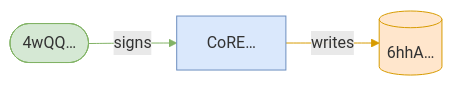
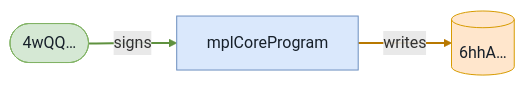
One commit to cds-turbin3/vesting-position changed the eighth of 9 diagrams in babelfish-tests/test-report/transfer_when_collection_unfrozen_on_transferable_campaign.md. Above: the diagram before and after it, drawn with Mermaid. The commit also changed other lines of this file and 106 other files, not shown here.

````diff
--- a/babelfish-tests/test-report/transfer_when_collection_unfrozen_on_transferable_campaign.md
+++ b/babelfish-tests/test-report/transfer_when_collection_unfrozen_on_transferable_campaign.md
@@ -389,13 +387,13 @@
 ```mermaid
 flowchart LR
-    CoRE["CoRE…"]:::program
+    mplCoreProgram["mplCoreProgram"]:::program
     n6hhA[("6hhA…")]:::state
     n4wQQ(["4wQQ…"]):::signer
-    CoRE -->|writes| n6hhA
-    n4wQQ -->|signs| CoRE
-    classDef program fill:#dae8fc,stroke:#6c8ebf;
-    classDef signer fill:#d5e8d4,stroke:#82b366;
-    classDef state fill:#ffe6cc,stroke:#d79b00;
-    linkStyle 0 stroke:#d79b00
-    linkStyle 1 stroke:#82b366
+    mplCoreProgram -->|writes| n6hhA
+    n4wQQ -->|signs| mplCoreProgram
+    classDef program fill:#dae8fc,stroke:#6c8ebf,color:#17202a;
+    classDef signer fill:#d5e8d4,stroke:#82b366,color:#17202a;
+    classDef state fill:#ffe6cc,stroke:#d79b00,color:#17202a;
+    linkStyle 0 stroke:#b87800,stroke-width:2px
+    linkStyle 1 stroke:#5f913f,stroke-width:2px
 ```
````
